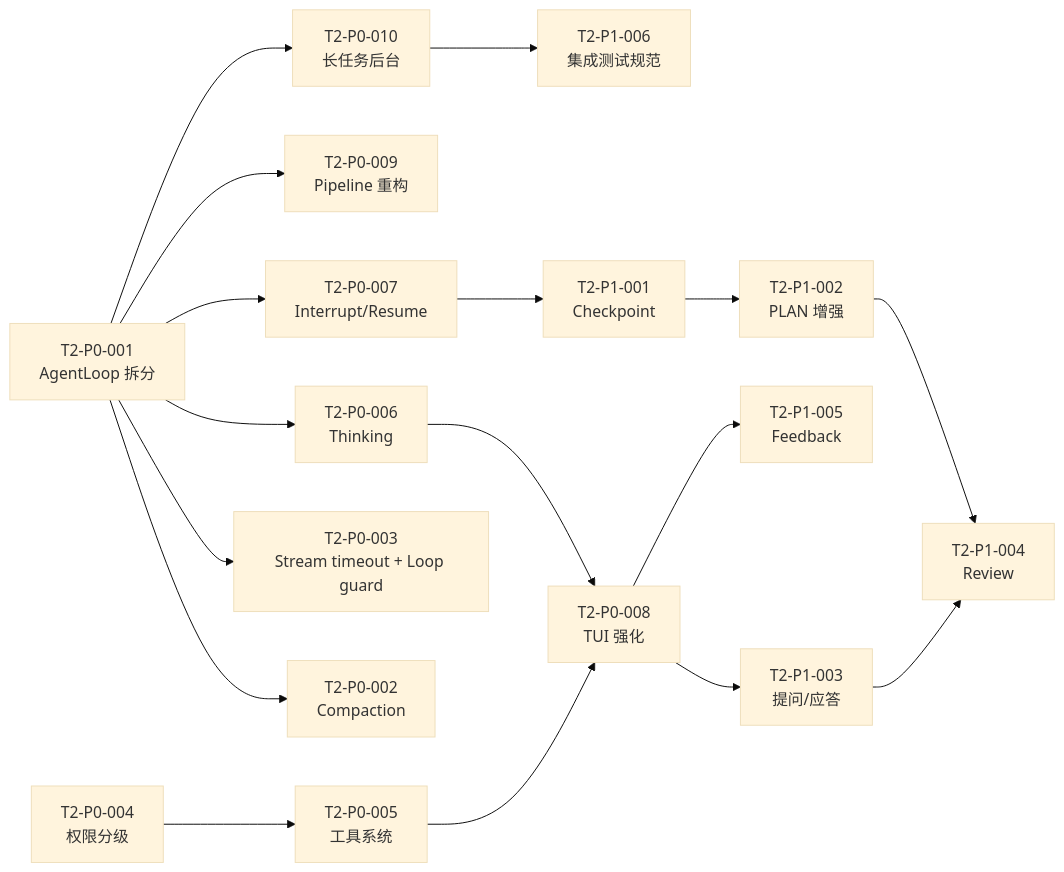
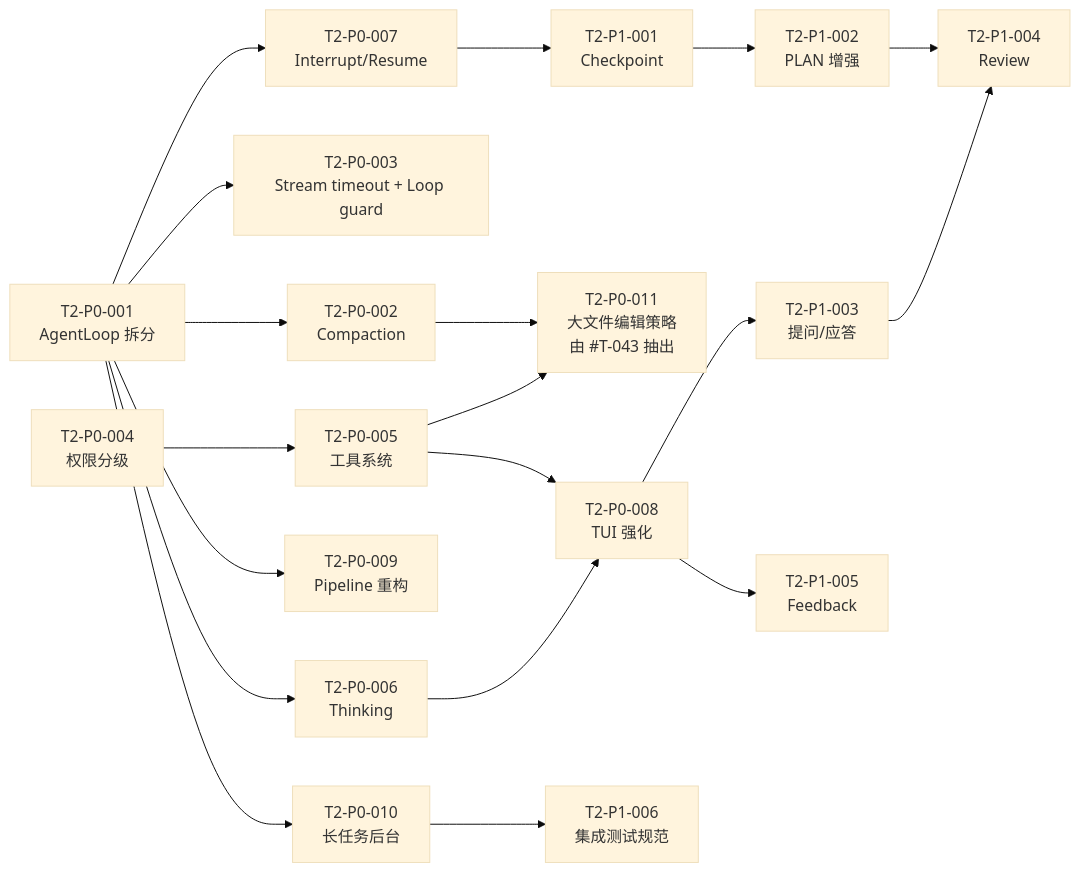
The diagram in pi-rust-wasm/agents/TASK_BOARD_002.md (teisun/tomcat-agent), drawn with Mermaid (base theme) before and after one commit. The commit also changed other lines of this file and 2 other files, not shown here.

````diff
--- a/pi-rust-wasm/agents/TASK_BOARD_002.md
+++ b/pi-rust-wasm/agents/TASK_BOARD_002.md
@@ -677,19 +722,21 @@
 ```mermaid
 flowchart LR
     P001[T2-P0-001<br/>AgentLoop 拆分] --> P002[T2-P0-002<br/>Compaction]
     P001 --> P003[T2-P0-003<br/>Stream timeout + Loop guard]
     P001 --> P006[T2-P0-006<br/>Thinking]
     P001 --> P007[T2-P0-007<br/>Interrupt/Resume]
     P001 --> P009[T2-P0-009<br/>Pipeline 重构]
     P001 --> P010[T2-P0-010<br/>长任务后台]
     P004[T2-P0-004<br/>权限分级] --> P005[T2-P0-005<br/>工具系统]
     P005 --> P008[T2-P0-008<br/>TUI 强化]
     P006 --> P008
+    P002 --> P011[T2-P0-011<br/>大文件编辑策略<br/>由 #T-043 抽出]
+    P005 --> P011
     P007 --> P101[T2-P1-001<br/>Checkpoint]
     P101 --> P102[T2-P1-002<br/>PLAN 增强]
     P008 --> P103[T2-P1-003<br/>提问/应答]
     P102 --> P104[T2-P1-004<br/>Review]
     P103 --> P104
     P008 --> P105[T2-P1-005<br/>Feedback]
     P010 --> P106[T2-P1-006<br/>集成测试规范]
 ```
````
